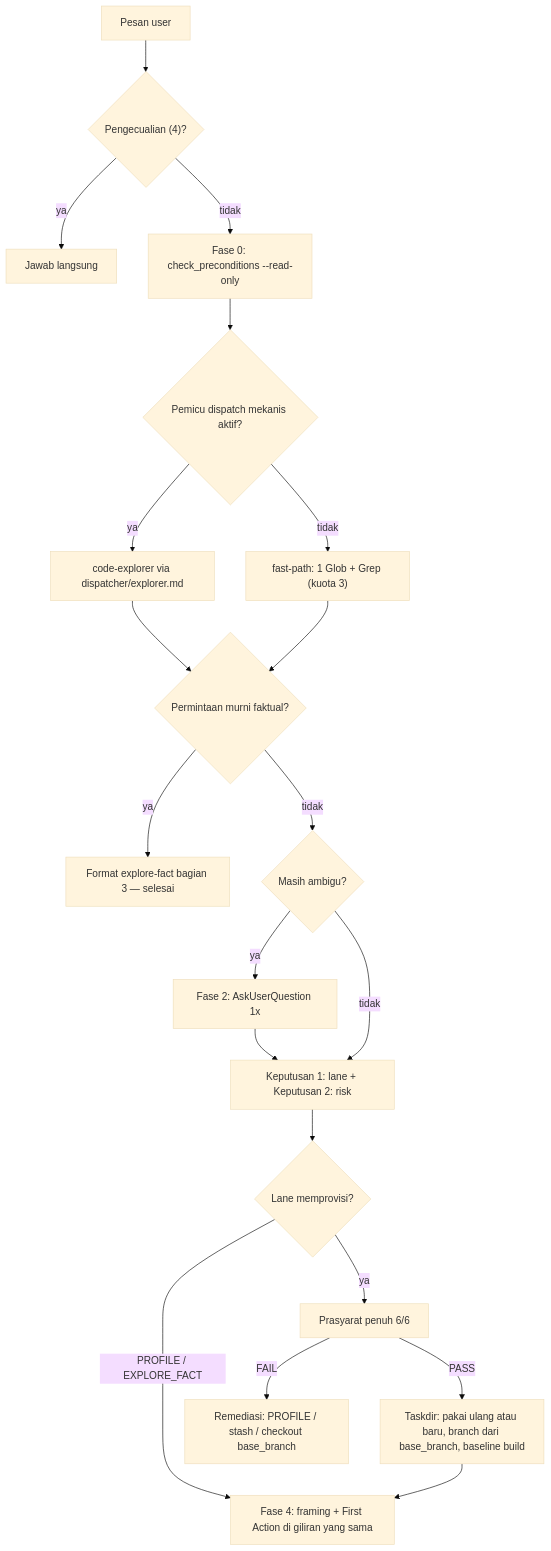
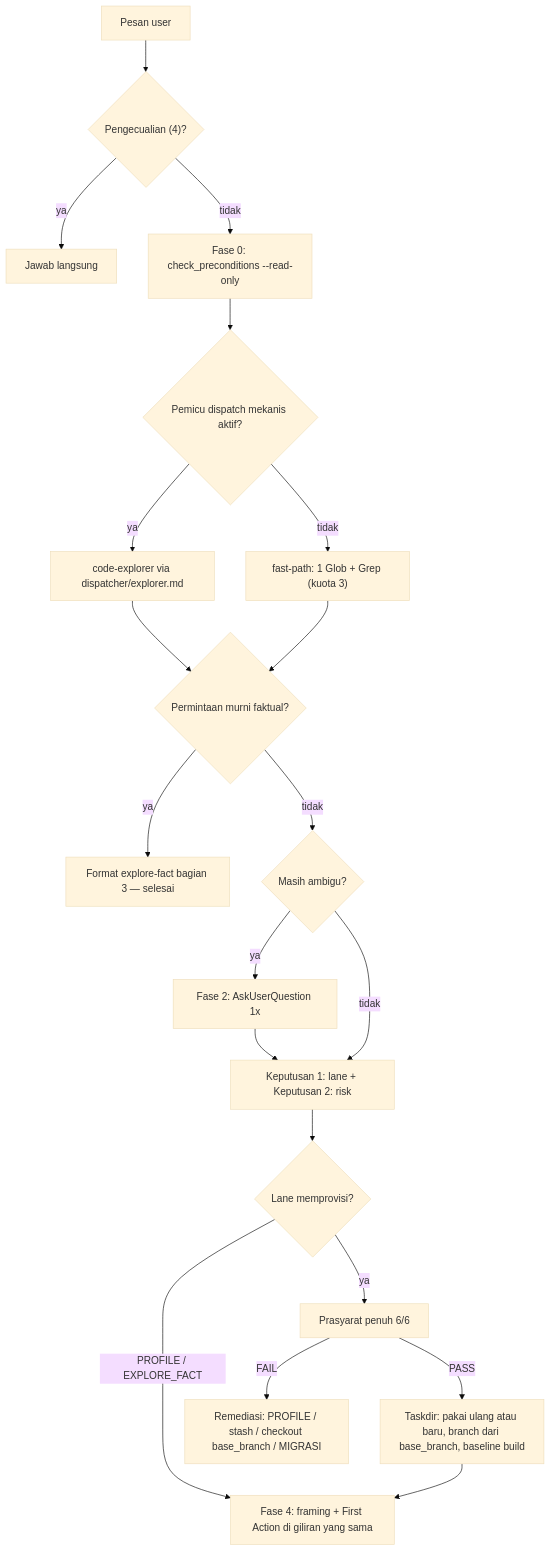
One commit to nataflow/agentic-workflow changed the second of 7 diagrams in flow/backend.md. Above: the diagram before and after it, drawn with Mermaid (base theme). The commit also changed other lines of this file and 4 other files, not shown here.

````diff
--- a/flow/backend.md
+++ b/flow/backend.md
@@ -143,22 +146,22 @@
 ```mermaid
 flowchart TD
     M["Pesan user"] --> X{"Pengecualian (4)?"}
     X -->|ya| J["Jawab langsung"]
     X -->|tidak| P0["Fase 0: check_preconditions --read-only"]
     P0 --> P1{"Pemicu dispatch mekanis aktif?"}
     P1 -->|ya| EXP["code-explorer via dispatcher/explorer.md"]
     P1 -->|tidak| FP["fast-path: 1 Glob + Grep (kuota 3)"]
     EXP --> Q{"Permintaan murni faktual?"}
     FP --> Q
     Q -->|ya| ANS["Format explore-fact bagian 3 — selesai"]
     Q -->|tidak| AMB{"Masih ambigu?"}
     AMB -->|ya| ASK["Fase 2: AskUserQuestion 1x"]
     AMB -->|tidak| D1
     ASK --> D1["Keputusan 1: lane + Keputusan 2: risk"]
     D1 --> PV{"Lane memprovisi?"}
     PV -->|"PROFILE / EXPLORE_FACT"| RUN
     PV -->|ya| FULL["Prasyarat penuh 6/6"]
-    FULL -->|FAIL| REM["Remediasi: PROFILE / stash / checkout base_branch"]
+    FULL -->|FAIL| REM["Remediasi: PROFILE / stash / checkout base_branch / MIGRASI"]
     FULL -->|PASS| TD["Taskdir: pakai ulang atau baru, branch dari base_branch, baseline build"]
     TD --> RUN["Fase 4: framing + First Action di giliran yang sama"]
 ```
````
